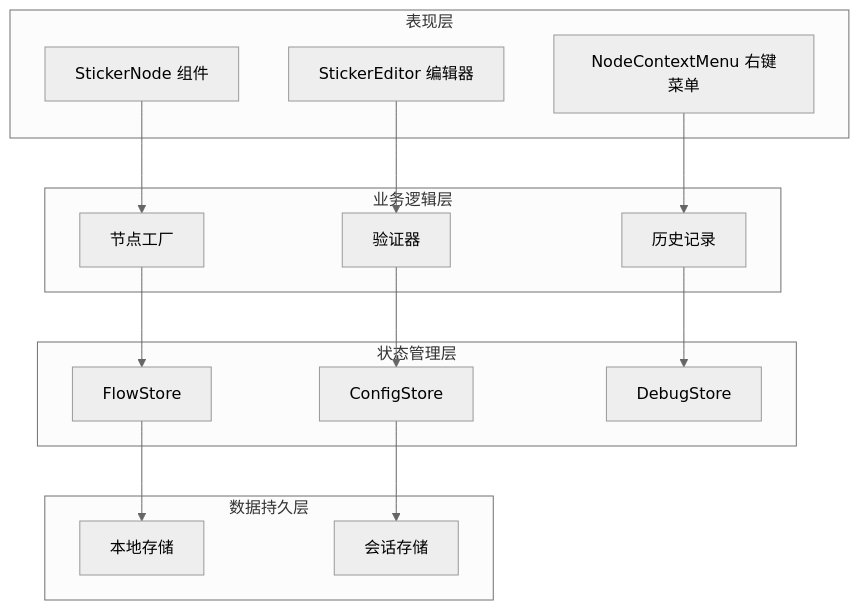
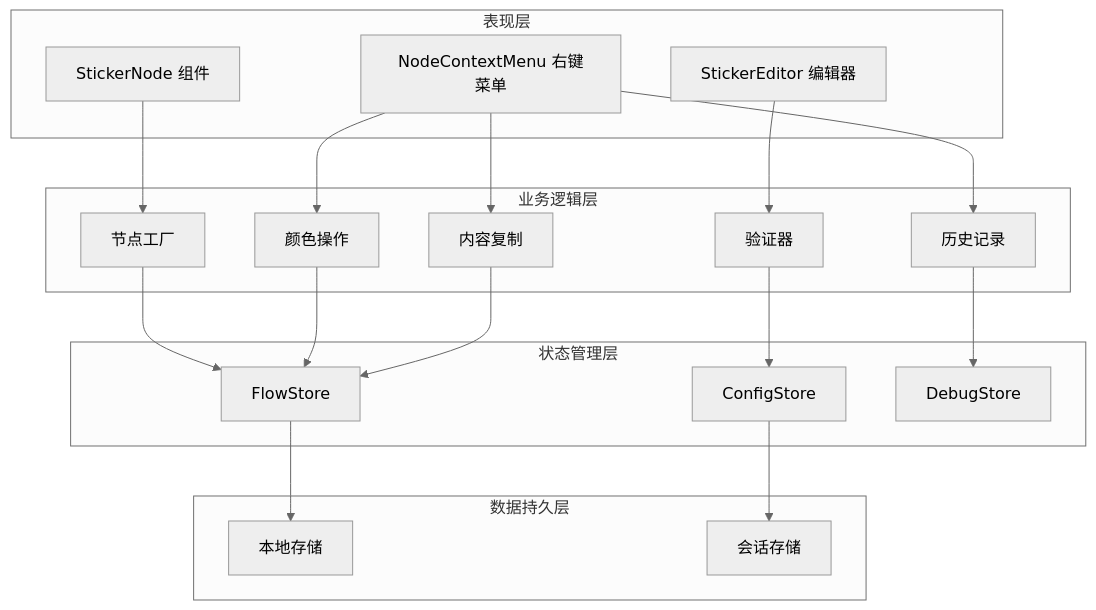
One commit to kqcoxn/MaaPipelineEditor changed the second of 6 diagrams in .qoder/repowiki/zh/content/核心概念/节点/贴纸节点.md. Above: the diagram before and after it, drawn with Mermaid (neutral theme). The commit also changed other lines of this file and 8 other files, not shown here.

````diff
--- a/.qoder/repowiki/zh/content/核心概念/节点/贴纸节点.md
+++ b/.qoder/repowiki/zh/content/核心概念/节点/贴纸节点.md
@@ -105,30 +129,36 @@
 ```mermaid
 graph TD
 subgraph "表现层"
 UI[StickerNode 组件]
 CE[StickerEditor 编辑器]
 CM[NodeContextMenu 右键菜单]
 end
 subgraph "业务逻辑层"
 FC[节点工厂]
 VC[验证器]
 HC[历史记录]
+CO[颜色操作]
+CC[内容复制]
 end
 subgraph "状态管理层"
 FS[FlowStore]
 CS[ConfigStore]
 DS[DebugStore]
 end
 subgraph "数据持久层"
 LS[本地存储]
 SS[会话存储]
 end
 UI --> FC
 CE --> VC
 CM --> HC
+CM --> CO
+CM --> CC
 FC --> FS
 VC --> CS
 HC --> DS
+CO --> FS
+CC --> FS
 FS --> LS
 CS --> SS
 ```
````
